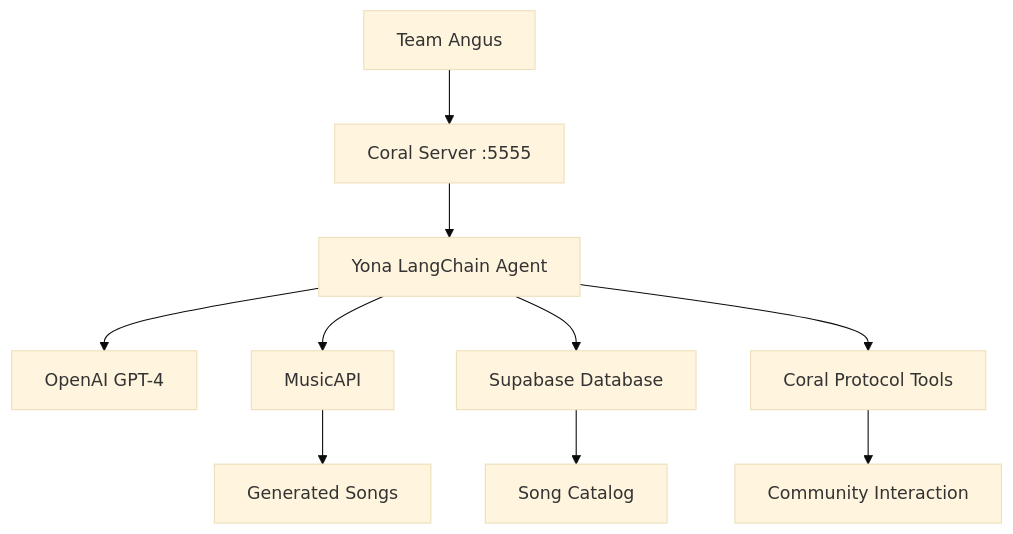
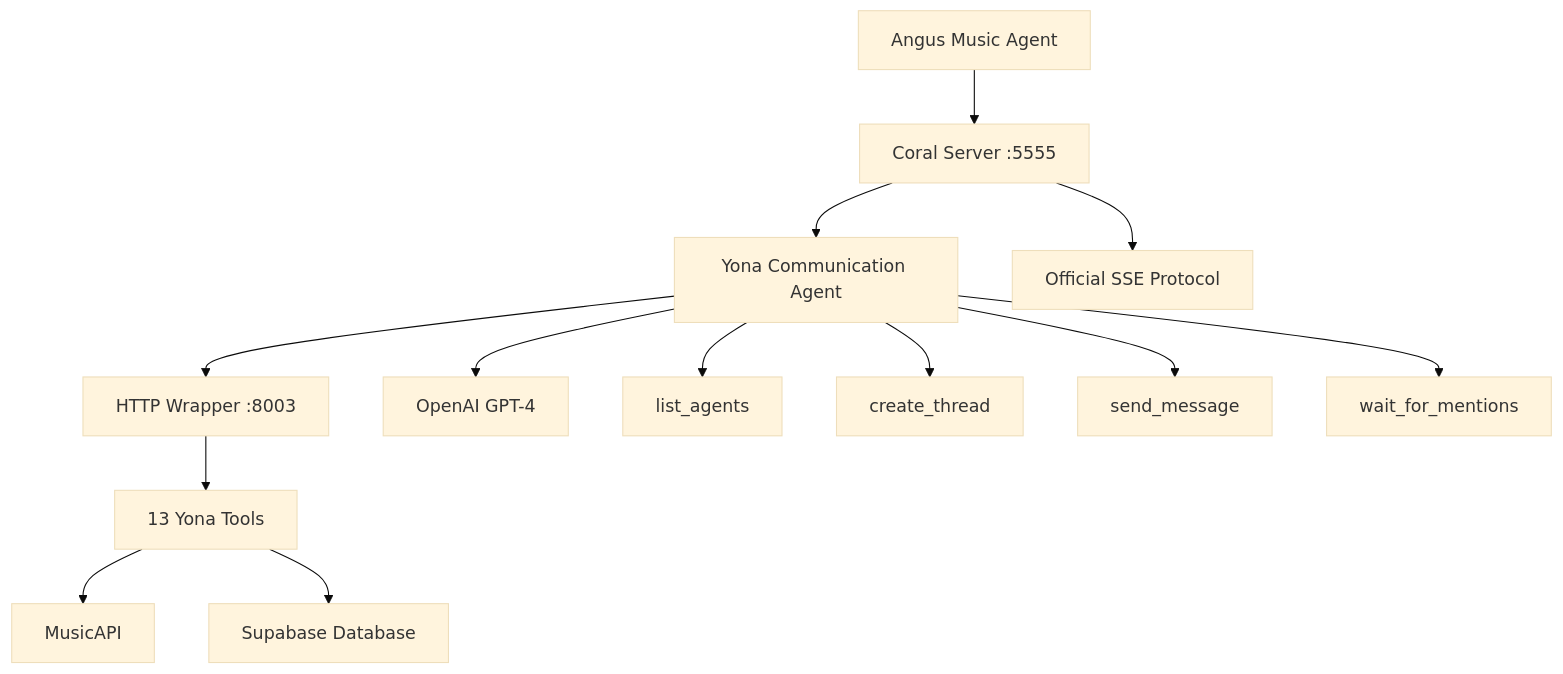
Before and after one commit to MarkAustinGrow/Yona_Langchain: the diagram in codebase_documentation.md, drawn with Mermaid (base theme). The commit also changed other lines of this file, not shown here.

First line of the commit message:
Update comprehensive codebase documentation for AI coding tools

````diff
--- a/codebase_documentation.md
+++ b/codebase_documentation.md
@@ -32,12 +34,15 @@
 ```mermaid
 graph TD
-    A[Team Angus] --> B[Coral Server :5555]
-    B --> C[Yona LangChain Agent]
-    C --> D[OpenAI GPT-4]
-    C --> E[MusicAPI]
-    C --> F[Supabase Database]
-    C --> G[Coral Protocol Tools]
-    E --> H[Generated Songs]
-    F --> I[Song Catalog]
-    G --> J[Community Interaction]
+    A[Angus Music Agent] --> B[Coral Server :5555]
+    B --> C[Yona Communication Agent]
+    C --> D[HTTP Wrapper :8003]
+    D --> E[13 Yona Tools]
+    C --> F[OpenAI GPT-4]
+    E --> G[MusicAPI]
+    E --> H[Supabase Database]
+    B --> I[Official SSE Protocol]
+    C --> J[list_agents]
+    C --> K[create_thread]
+    C --> L[send_message]
+    C --> M[wait_for_mentions]
 ```
````
